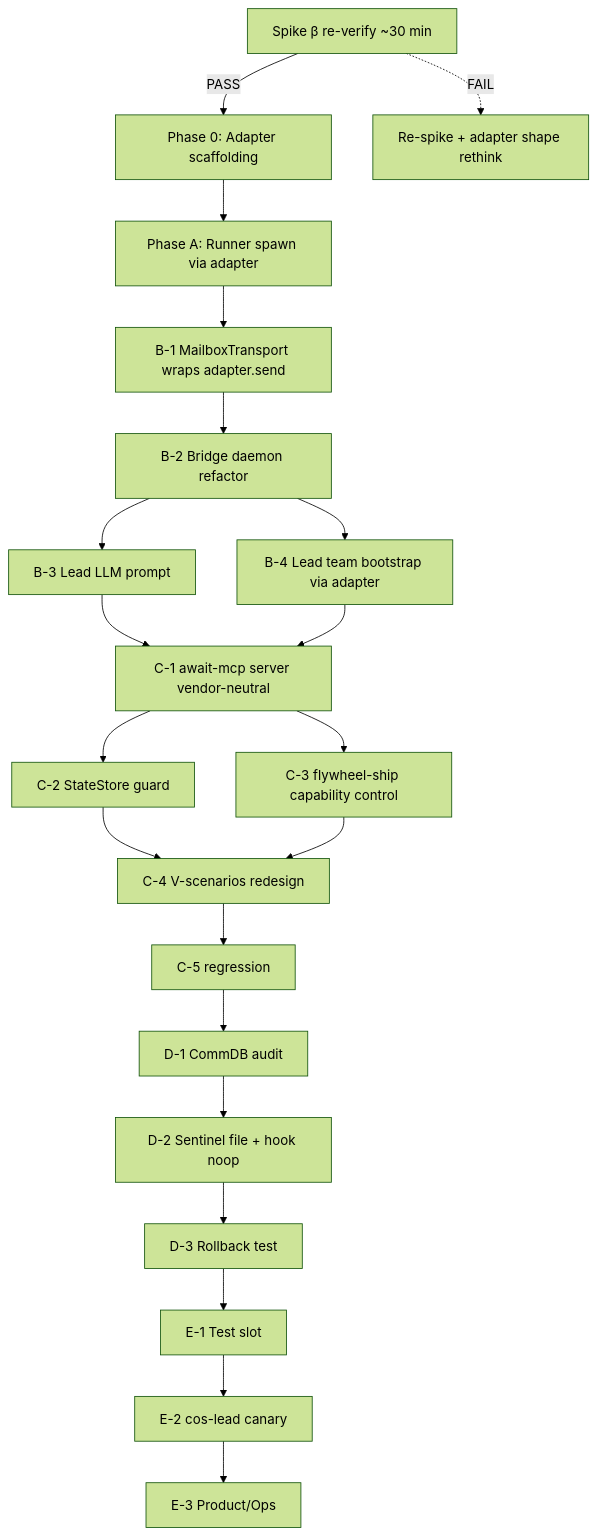
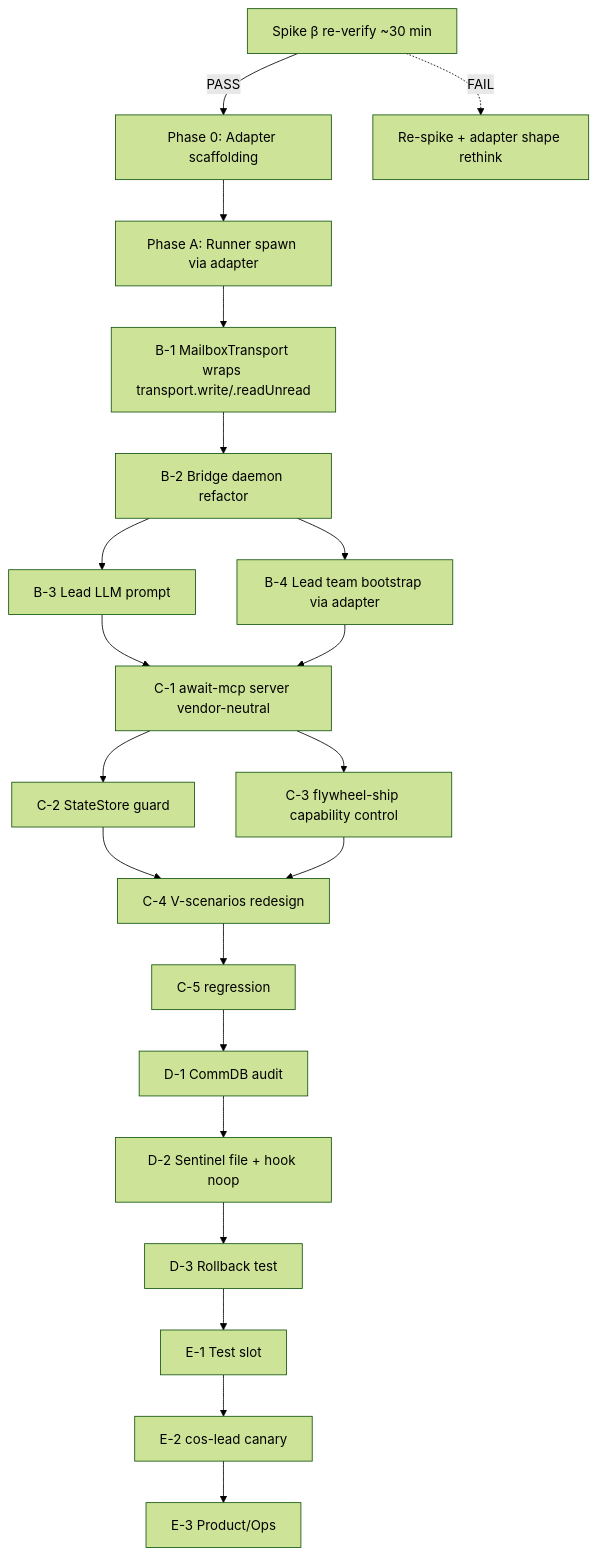
The third of 3 diagrams in doc/engineer/plan/new/v1.27.0-FLY-142-agent-team-full-mirror.md (xrliAnnie/flywheel-qa-sandbox), drawn with Mermaid (forest theme) before and after one commit. The commit also changed other lines of this file, not shown here.

````diff
--- a/doc/engineer/plan/new/v1.27.0-FLY-142-agent-team-full-mirror.md
+++ b/doc/engineer/plan/new/v1.27.0-FLY-142-agent-team-full-mirror.md
@@ -1082,23 +1085,23 @@
 ```mermaid
 graph TD
     SV[Spike β re-verify ~30 min] -->|PASS| P0[Phase 0: Adapter scaffolding]
     SV -.FAIL.-> REPLAN[Re-spike + adapter shape rethink]
     P0 --> A[Phase A: Runner spawn via adapter]
-    A --> B1[B-1 MailboxTransport wraps adapter.send]
+    A --> B1[B-1 MailboxTransport wraps transport.write/.readUnread]
     B1 --> B2[B-2 Bridge daemon refactor]
     B2 --> B3[B-3 Lead LLM prompt]
     B2 --> B4[B-4 Lead team bootstrap via adapter]
     B3 --> C1[C-1 await-mcp server vendor-neutral]
     B4 --> C1
     C1 --> C2[C-2 StateStore guard]
     C1 --> C3[C-3 flywheel-ship capability control]
     C2 --> C4[C-4 V-scenarios redesign]
     C3 --> C4
     C4 --> C5[C-5 regression]
     C5 --> D1[D-1 CommDB audit]
     D1 --> D2[D-2 Sentinel file + hook noop]
     D2 --> D3[D-3 Rollback test]
     D3 --> E1[E-1 Test slot]
     E1 --> E2[E-2 cos-lead canary]
     E2 --> E3[E-3 Product/Ops]
 ```
````
